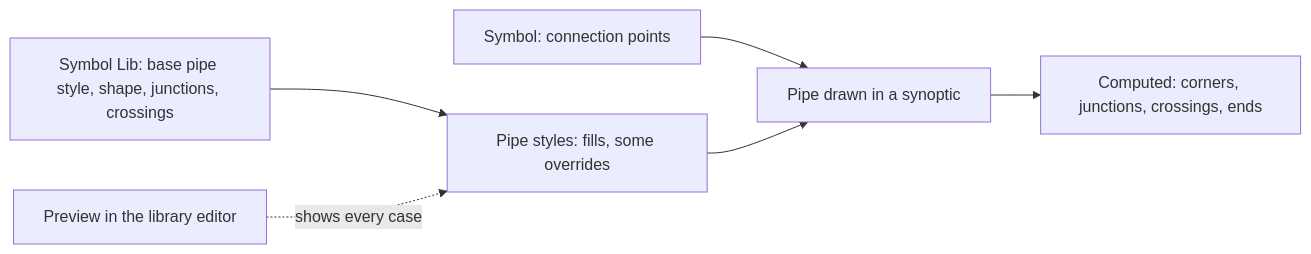
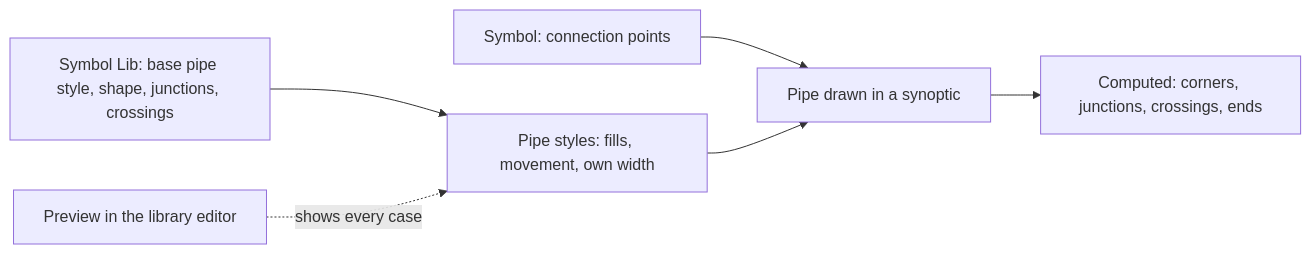
One commit to AlexandreGallais/synoptic-studio-spec changed the first of 2 diagrams in symbols/pipes/README.md. Above: the diagram before and after it, drawn with Mermaid. The commit also changed other lines of this file and 9 other files, not shown here.

````diff
--- a/symbols/pipes/README.md
+++ b/symbols/pipes/README.md
@@ -32,8 +33,8 @@
 ```mermaid
 flowchart LR
     SY["Symbol: connection points"] --> P["Pipe drawn in a synoptic"]
-    B["Symbol Lib: base pipe style, shape, junctions, crossings"] --> L["Pipe styles: fills, some overrides"]
+    B["Symbol Lib: base pipe style, shape, junctions, crossings"] --> L["Pipe styles: fills, movement, own width"]
     L --> P
     P --> C["Computed: corners, junctions, crossings, ends"]
     T["Preview in the library editor"] -.->|"shows every case"| L
 ```
````
